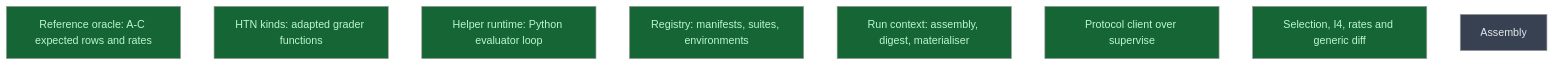
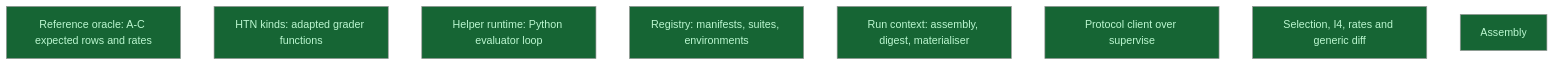
The diagram in __roadmap__/m2a-evaluation-parity/components/README.md (CrackingShells/Candler), drawn with Mermaid (neutral theme) before and after one commit. The commit also changed other lines of this file and 7 other files, not shown here.

````diff
--- a/__roadmap__/m2a-evaluation-parity/components/README.md
+++ b/__roadmap__/m2a-evaluation-parity/components/README.md
@@ -20,16 +20,16 @@
 ```mermaid
 graph TD
     reference_oracle[Reference oracle: A-C expected rows and rates]:::done
     htn_kinds[HTN kinds: adapted grader functions]:::done
     helper_runtime[Helper runtime: Python evaluator loop]:::done
     registry[Registry: manifests, suites, environments]:::done
     run_context[Run context: assembly, digest, materialiser]:::done
     protocol_client[Protocol client over supervise]:::done
     selection_rates[Selection, I4, rates and generic diff]:::done
-    assembly[Assembly]:::planned
+    assembly[Assembly]:::done
     classDef done       fill:#166534,color:#bbf7d0
     classDef inprogress fill:#854d0e,color:#fef08a
     classDef planned    fill:#374151,color:#e5e7eb
     classDef amendment  fill:#1e3a5f,color:#bfdbfe
     classDef blocked    fill:#7f1d1d,color:#fecaca
 ```
````
